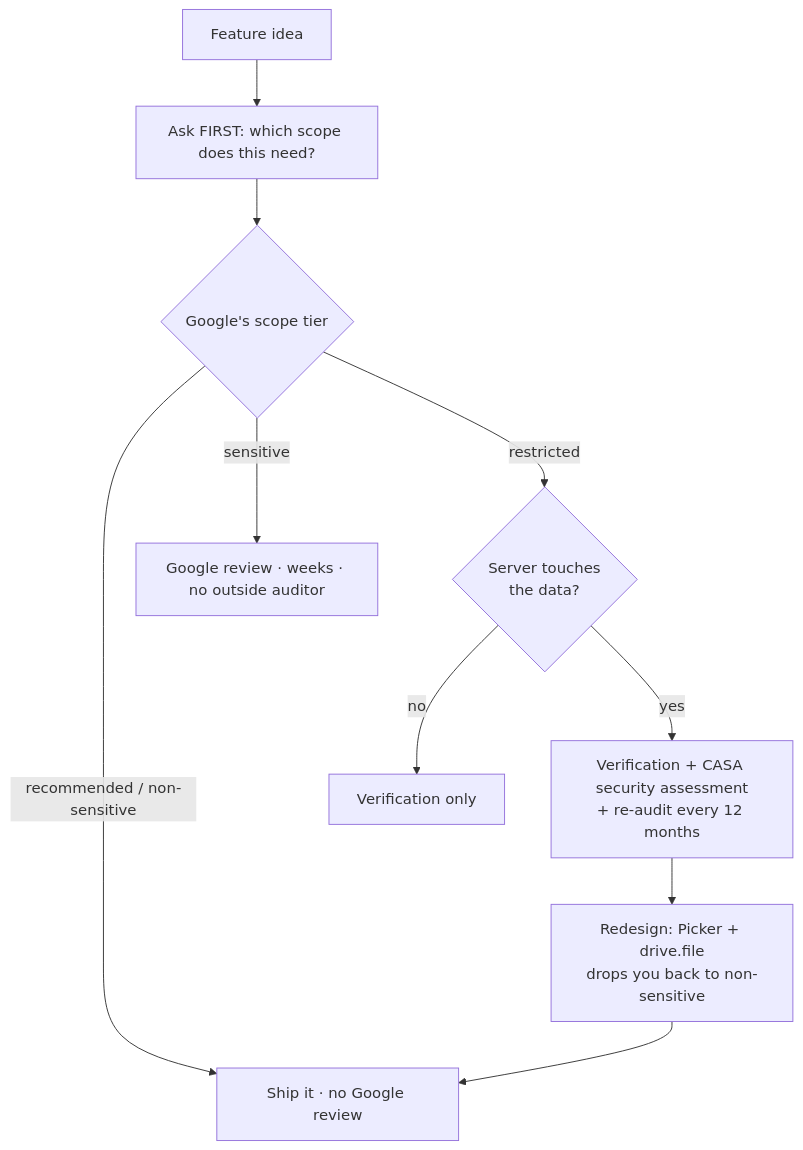
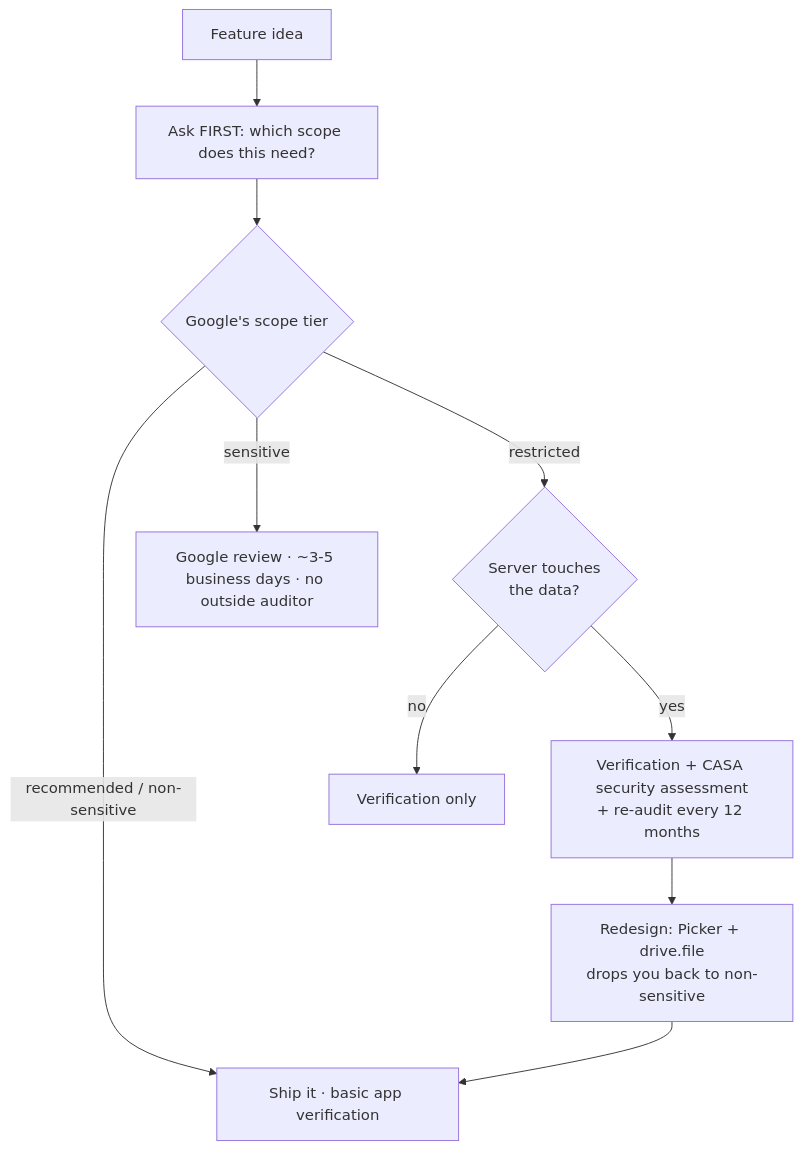
The diagram in plugins/ravenclaude-core/knowledge/concepts/oauth-scope-cost.md (mcorbett51090/RavenClaude), drawn with Mermaid before and after one commit. The commit also changed other lines of this file and 242 other files, not shown here.

````diff
--- a/plugins/ravenclaude-core/knowledge/concepts/oauth-scope-cost.md
+++ b/plugins/ravenclaude-core/knowledge/concepts/oauth-scope-cost.md
@@ -54,14 +54,14 @@
 ```mermaid
 flowchart TD
   F[Feature idea] --> Q[Ask FIRST: which scope does this need?]
   Q --> C{Google's scope tier}
-  C -- recommended / non-sensitive --> R[Ship it · no Google review]
-  C -- sensitive --> S[Google review · weeks · no outside auditor]
+  C -- recommended / non-sensitive --> R[Ship it · basic app verification]
+  C -- sensitive --> S[Google review · ~3-5 business days · no outside auditor]
   C -- restricted --> T{Server touches<br/>the data?}
   T -- no --> V[Verification only]
   T -- yes --> A[Verification + CASA security assessment<br/>+ re-audit every 12 months]
   A --> RD[Redesign: Picker + drive.file<br/>drops you back to non-sensitive]
   RD --> R
   class R,S,V,A,RD built
   class C,T fact
 ```
````
